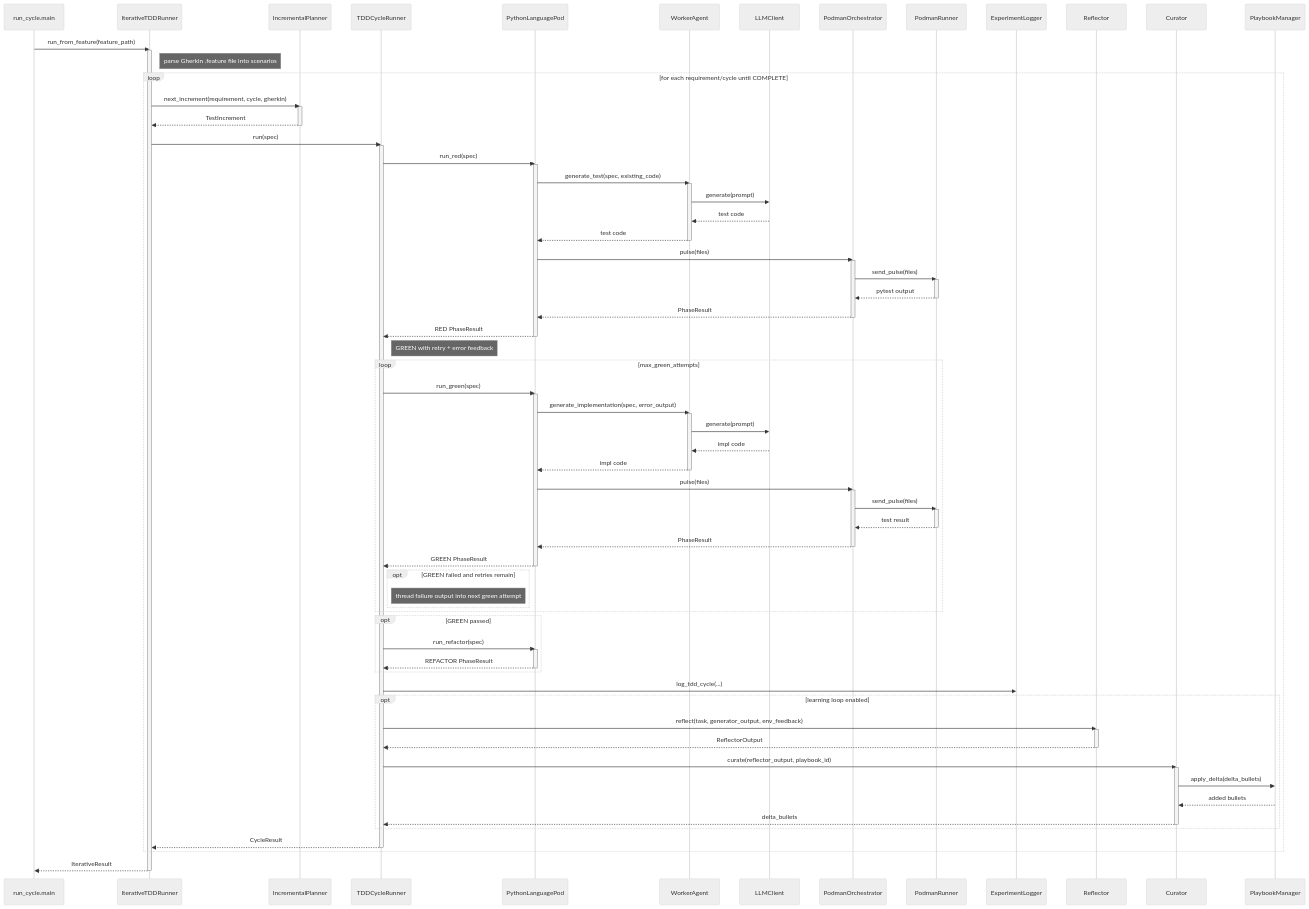
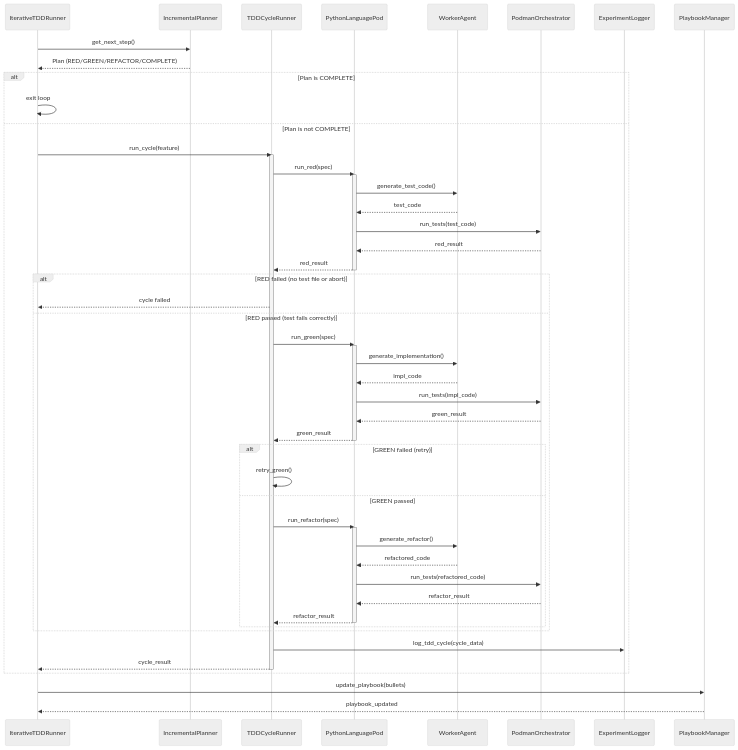
The diagram in docs/SYSTEM_ARCHITECTURE.md (carlhuxley/ace_enterprise), drawn with Mermaid (neutral theme) before and after one commit. The commit also changed other lines of this file and 8 other files, not shown here.

````diff
--- a/docs/SYSTEM_ARCHITECTURE.md
+++ b/docs/SYSTEM_ARCHITECTURE.md
@@ -42,93 +33,63 @@
 ```mermaid
 sequenceDiagram
-    participant Main as run_cycle.main
-    participant ITDDR as IterativeTDDRunner
+    participant Runner as IterativeTDDRunner
     participant Planner as IncrementalPlanner
-    participant CR as TDDCycleRunner
+    participant Cycle as TDDCycleRunner
     participant Pod as PythonLanguagePod
     participant Worker as WorkerAgent
-    participant LLM as LLMClient
     participant Orch as PodmanOrchestrator
-    participant Runn as PodmanRunner
     participant Logger as ExperimentLogger
-    participant Refl as Reflector
-    participant Cur as Curator
-    participant PB as PlaybookManager
+    participant Playbook as PlaybookManager
 
-    Main->>ITDDR: run_from_feature(feature_path)
-    activate ITDDR
-    Note right of ITDDR: parse Gherkin .feature file into scenarios
-    loop for each requirement/cycle until COMPLETE
-        ITDDR->>Planner: next_increment(requirement, cycle, gherkin)
-        activate Planner
-        Planner-->>ITDDR: TestIncrement
-        deactivate Planner
-        ITDDR->>CR: run(spec)
-        activate CR
-        CR->>Pod: run_red(spec)
+    Runner->>Planner: get_next_step()
+    Planner-->>Runner: Plan (RED/GREEN/REFACTOR/COMPLETE)
+    
+    alt Plan is COMPLETE
+        Runner->>Runner: exit loop
+    else Plan is not COMPLETE
+        Runner->>Cycle: run_cycle(feature)
+        activate Cycle
+        
+        Cycle->>Pod: run_red(spec)
         activate Pod
-        Pod->>Worker: generate_test(spec, existing_code)
-        activate Worker
-        Worker->>LLM: generate(prompt)
-        LLM-->>Worker: test code
-        Worker-->>Pod: test code
-        deactivate Worker
-        Pod->>Orch: pulse(files)
-        activate Orch
-        Orch->>Runn: send_pulse(files)
-        activate Runn
-        Runn-->>Orch: pytest output
-        deactivate Runn
-        Orch-->>Pod: PhaseResult
-        deactivate Orch
-        Pod-->>CR: RED PhaseResult
+        Pod->>Worker: generate_test_code()
+        Worker-->>Pod: test_code
+        Pod->>Orch: run_tests(test_code)
+        Orch-->>Pod: red_result
+        Pod-->>Cycle: red_result
         deactivate Pod
-        Note right of CR: GREEN with retry + error feedback
-        loop max_green_attempts
-            CR->>Pod: run_green(spec)
+        
+        alt RED failed (no test file or abort)
+            Cycle-->>Runner: cycle failed
+        else RED passed (test fails correctly)
+            Cycle->>Pod: run_green(spec)
             activate Pod
-            Pod->>Worker: generate_implementation(spec, error_output)
-            activate Worker
-            Worker->>LLM: generate(prompt)
-            LLM-->>Worker: impl code
-            Worker-->>Pod: impl code
-            deactivate Worker
-            Pod->>Orch: pulse(files)
-            activate Orch
-            Orch->>Runn: send_pulse(files)
-            activate Runn
-            Runn-->>Orch: test result
-            deactivate Runn
-            Orch-->>Pod: PhaseResult
-            deactivate Orch
-            Pod-->>CR: GREEN PhaseResult
+            Pod->>Worker: generate_implementation()
+            Worker-->>Pod: impl_code
+            Pod->>Orch: run_tests(impl_code)
+            Orch-->>Pod: green_result
+            Pod-->>Cycle: green_result
             deactivate Pod
-            opt GREEN failed and retries remain
-                Note right of CR: thread failure output into next green attempt
+            
+            alt GREEN failed (retry)
+                Cycle->>Cycle: retry_green()
+            else GREEN passed
+                Cycle->>Pod: run_refactor(spec)
+                activate Pod
+                Pod->>Worker: generate_refactor()
+                Worker-->>Pod: refactored_code
+                Pod->>Orch: run_tests(refactored_code)
+                Orch-->>Pod: refactor_result
+                Pod-->>Cycle: refactor_result
+                deactivate Pod
             end
         end
-        opt GREEN passed
-            CR->>Pod: run_refactor(spec)
-            activate Pod
-            Pod-->>CR: REFACTOR PhaseResult
-            deactivate Pod
-        end
-        CR->>Logger: log_tdd_cycle(...)
-        opt learning loop enabled
-            CR->>Refl: reflect(task, generator_output, env_feedback)
-            activate Refl
-            Refl-->>CR: ReflectorOutput
-            deactivate Refl
-            CR->>Cur: curate(reflector_output, playbook_id)
-            activate Cur
-            Cur->>PB: apply_delta(delta_bullets)
-            PB-->>Cur: added bullets
-            Cur-->>CR: delta_bullets
-            deactivate Cur
-        end
-        CR-->>ITDDR: CycleResult
-        deactivate CR
+        
+        Cycle->>Logger: log_tdd_cycle(cycle_data)
+        Cycle-->>Runner: cycle_result
+        deactivate Cycle
     end
-    ITDDR-->>Main: IterativeResult
-    deactivate ITDDR
+    
+    Runner->>Playbook: update_playbook(bullets)
+    Playbook-->>Runner: playbook_updated
 ```
````
